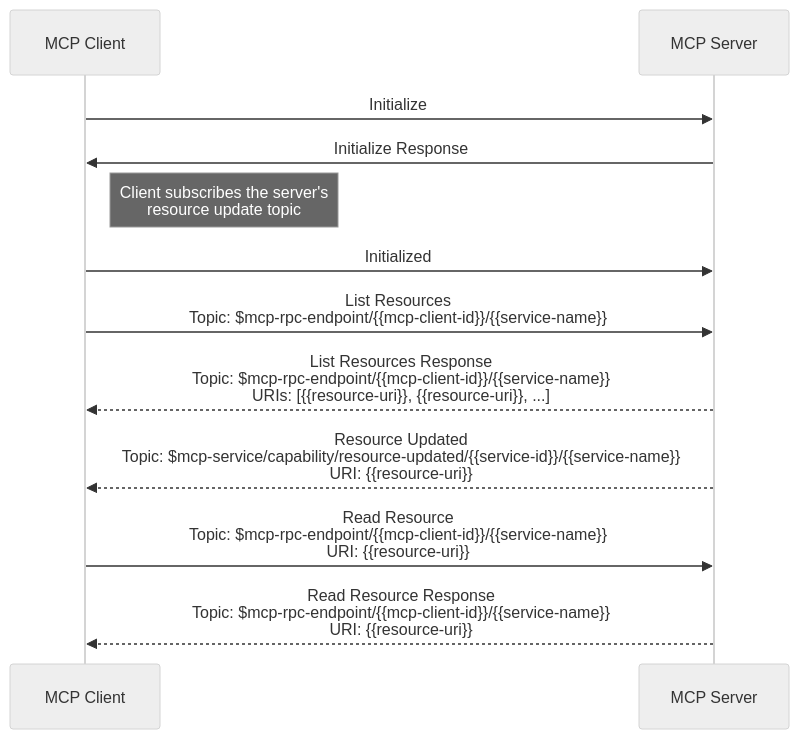
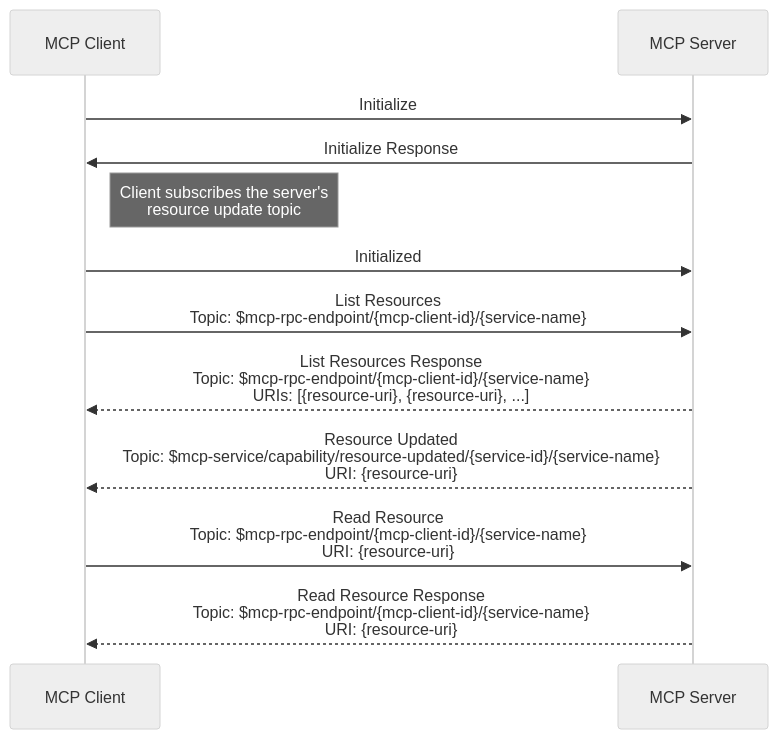
Before and after one commit to xiaokunzhang/mcp-over-mqtt-site: the fourth of 4 diagrams in mcp/specification/2025-03-26/basic/mqtt_transport.md, drawn with Mermaid (neutral theme). The commit also changed other lines of this file and 4 other files, not shown here.

Commit message:
Separate the architecture page

````diff
--- a/mcp/specification/2025-03-26/basic/mqtt_transport.md
+++ b/mcp/specification/2025-03-26/basic/mqtt_transport.md
@@ -351,21 +335,21 @@
 ```mermaid
 
 sequenceDiagram
     participant MCP_Client as MCP Client
     participant MCP_Server as MCP Server
 
     MCP_Client ->> MCP_Server: Initialize
     MCP_Server ->> MCP_Client: Initialize Response
     Note right of MCP_Client: Client subscribes the server's<br/>resource update topic
     MCP_Client ->> MCP_Server: Initialized
 
-    MCP_Client ->> MCP_Server: List Resources<br/>Topic: $mcp-rpc-endpoint/{{mcp-client-id}}/{{service-name}}
+    MCP_Client ->> MCP_Server: List Resources<br/>Topic: $mcp-rpc-endpoint/{mcp-client-id}/{service-name}
 
-    MCP_Server -->> MCP_Client: List Resources Response<br/>Topic: $mcp-rpc-endpoint/{{mcp-client-id}}/{{service-name}}<br/>URIs: [{{resource-uri}}, {{resource-uri}}, ...]
+    MCP_Server -->> MCP_Client: List Resources Response<br/>Topic: $mcp-rpc-endpoint/{mcp-client-id}/{service-name}<br/>URIs: [{resource-uri}, {resource-uri}, ...]
 
-    MCP_Server -->> MCP_Client: Resource Updated<br/>Topic: $mcp-service/capability/resource-updated/{{service-id}}/{{service-name}}<br/>URI: {{resource-uri}}
+    MCP_Server -->> MCP_Client: Resource Updated<br/>Topic: $mcp-service/capability/resource-updated/{service-id}/{service-name}<br/>URI: {resource-uri}
 
-    MCP_Client ->> MCP_Server: Read Resource<br/>Topic: $mcp-rpc-endpoint/{{mcp-client-id}}/{{service-name}}<br/>URI: {{resource-uri}}
+    MCP_Client ->> MCP_Server: Read Resource<br/>Topic: $mcp-rpc-endpoint/{mcp-client-id}/{service-name}<br/>URI: {resource-uri}
 
-    MCP_Server -->> MCP_Client: Read Resource Response<br/>Topic: $mcp-rpc-endpoint/{{mcp-client-id}}/{{service-name}}<br/>URI: {{resource-uri}}
+    MCP_Server -->> MCP_Client: Read Resource Response<br/>Topic: $mcp-rpc-endpoint/{mcp-client-id}/{service-name}<br/>URI: {resource-uri}
 ```
````
